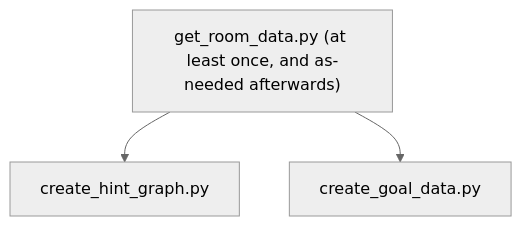
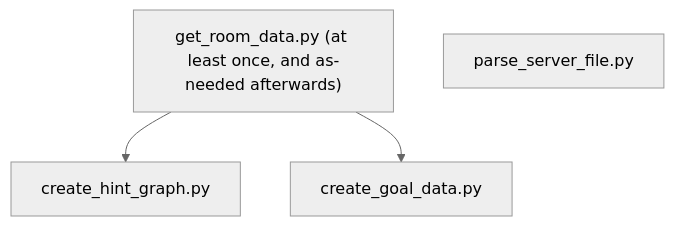
Before and after one commit to lammyson/AP-Data-Scripts: the diagram in README.md, drawn with Mermaid (neutral theme). The commit also changed other lines of this file and 2 other files, not shown here.

Commit message:
Add parse_server_file.py to parse *.archipelago files. Add Archipelago as a submodule

````diff
--- a/README.md
+++ b/README.md
@@ -10,8 +11,9 @@
 ```mermaid
 flowchart TD;
    A["get_room_data.py (at least once, and as-needed afterwards)"];
    B[create_hint_graph.py];
    C[create_goal_data.py];
+   D[parse_server_file.py];
    A --> B;
    A --> C;
 ```
````
